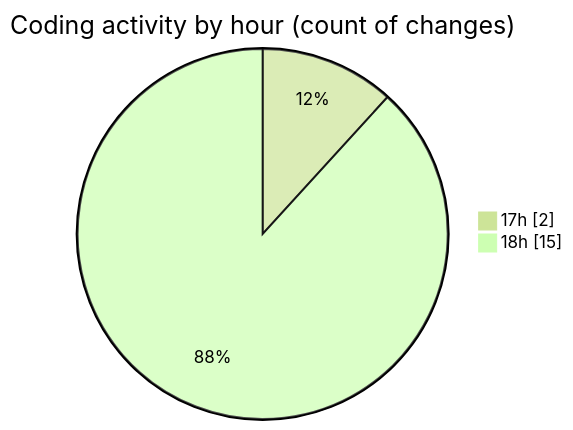
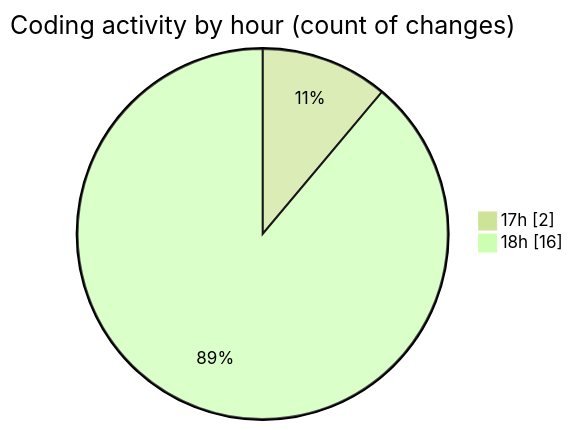
The second of 2 diagrams in 2025-10-13/skintrack/README.md (Netris89/code-tracking), drawn with Mermaid (forest theme) before and after one commit. The commit also changed other lines of this file and 1 other file, not shown here.

````diff
--- a/2025-10-13/skintrack/README.md
+++ b/2025-10-13/skintrack/README.md
@@ -32,6 +32,6 @@
 ```mermaid
 pie showData
 title Coding activity by hour (count of changes)
 "17h" : 2
-"18h" : 15
+"18h" : 16
 ```
````
